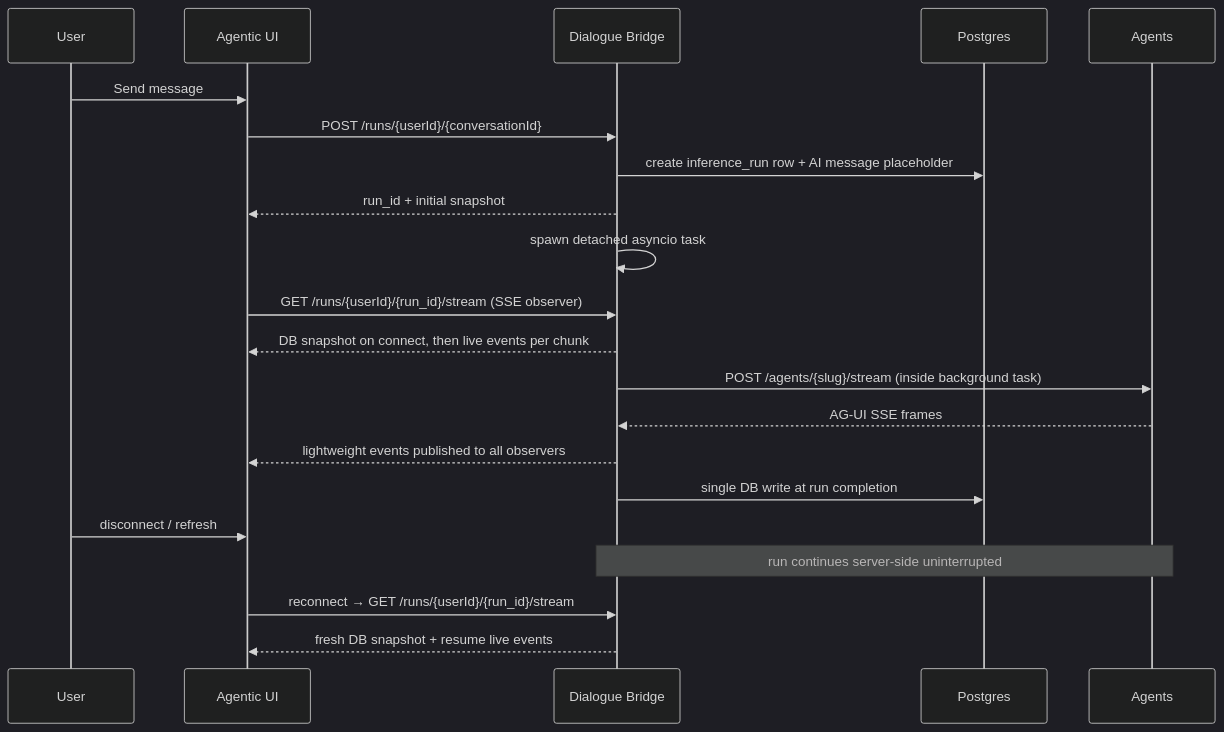
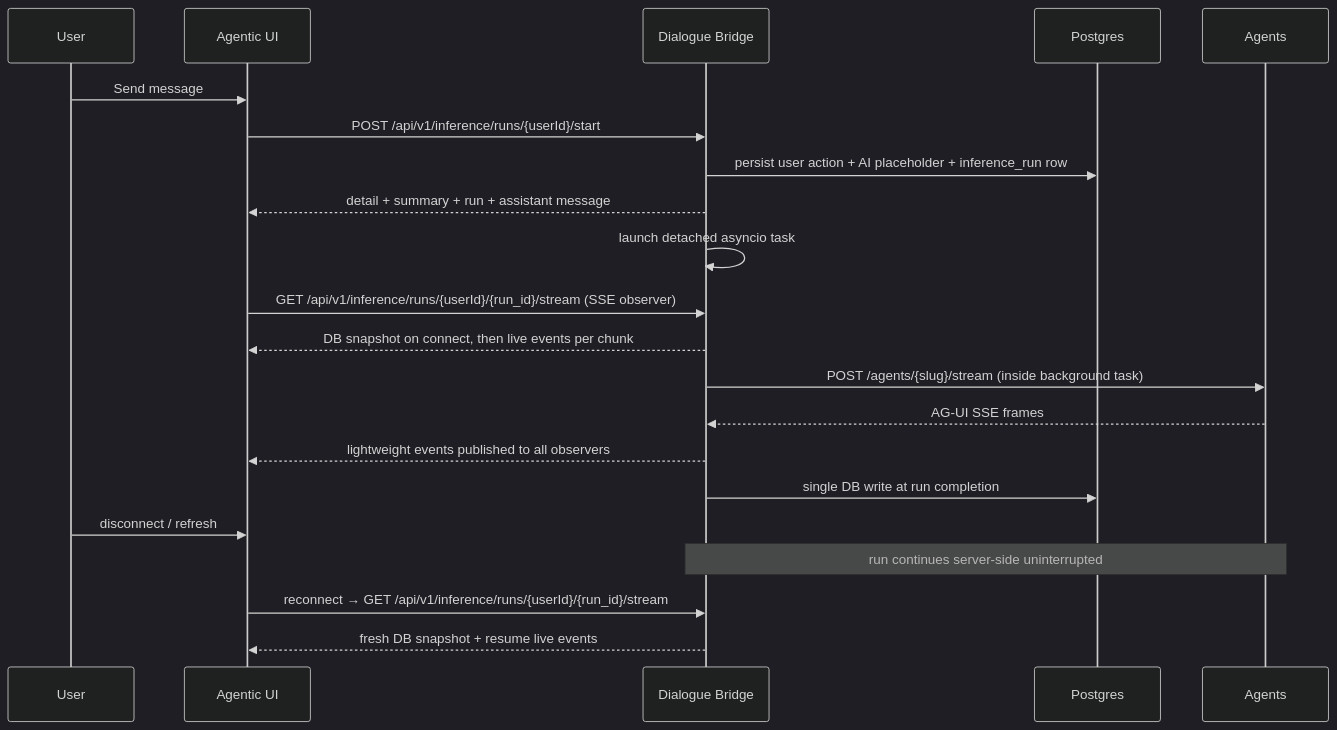
The eighth of 9 diagrams in README.md (konstantinosmpouros/mAgenticX), drawn with Mermaid (dark theme) before and after one commit. The commit also changed other lines of this file and 9 other files, not shown here.

````diff
--- a/README.md
+++ b/README.md
@@ -352,24 +352,24 @@
 ```mermaid
 sequenceDiagram
     participant U as User
     participant UI as Agentic UI
     participant B as Dialogue Bridge
     participant P as Postgres
     participant A as Agents
 
     U->>UI: Send message
-    UI->>B: POST /runs/{userId}/{conversationId}
-    B->>P: create inference_run row + AI message placeholder
-    B-->>UI: run_id + initial snapshot
-    B->>B: spawn detached asyncio task
-    UI->>B: GET /runs/{userId}/{run_id}/stream (SSE observer)
+    UI->>B: POST /api/v1/inference/runs/{userId}/start
+    B->>P: persist user action + AI placeholder + inference_run row
+    B-->>UI: detail + summary + run + assistant message
+    B->>B: launch detached asyncio task
+    UI->>B: GET /api/v1/inference/runs/{userId}/{run_id}/stream (SSE observer)
     B-->>UI: DB snapshot on connect, then live events per chunk
     B->>A: POST /agents/{slug}/stream (inside background task)
     A-->>B: AG-UI SSE frames
     B-->>UI: lightweight events published to all observers
     B->>P: single DB write at run completion
     U->>UI: disconnect / refresh
     Note over B,A: run continues server-side uninterrupted
-    UI->>B: reconnect → GET /runs/{userId}/{run_id}/stream
+    UI->>B: reconnect → GET /api/v1/inference/runs/{userId}/{run_id}/stream
     B-->>UI: fresh DB snapshot + resume live events
 ```
````
